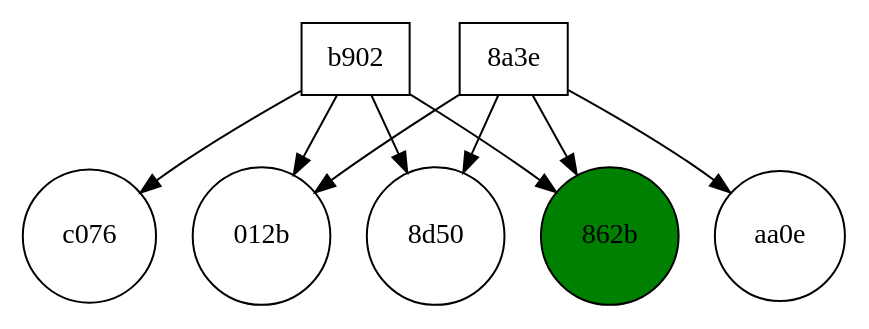
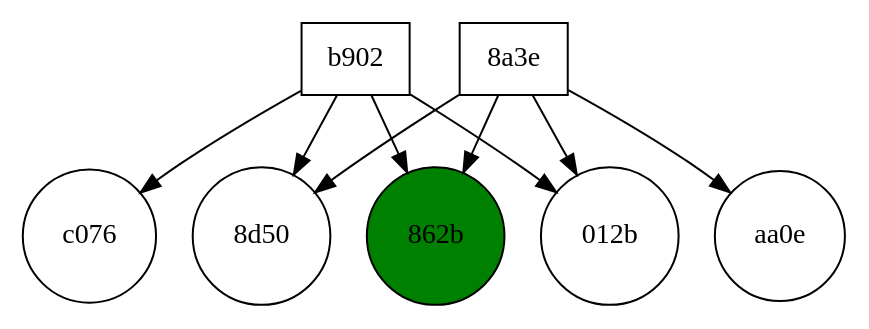
The diagram in doctest-output/visitor.gv (ziyadalrasbi/F20SC-CW2), drawn with Graphviz before and after one commit. The commit also changed other lines of this file and 1 other file, not shown here.

```diff
--- a/doctest-output/visitor.gv
+++ b/doctest-output/visitor.gv
@@ -1,32 +1,32 @@
 digraph visitor {
 	graph [rank=min]
 	node [shape=rectangle]
-	"4065369dbee2b902" [label=b902 fillcolor=white shape=rectangle style=filled]
-	"4065369dbee2b902" -> "140310171114-00000000950ae9deb4faca996b0ec076"
-	"4065369dbee2b902" -> "140310171030-000000008b8d98e95ac0797e7fdb012b"
-	"4065369dbee2b902" -> "140310171202-000000002e5a8ff1f577548fec708d50"
-	"4065369dbee2b902" -> "140310170010-0000000067dc80801f1df696ae52862b"
 	"3c01241d5c3a8a3e" [label="8a3e" fillcolor=white shape=rectangle style=filled]
+	"3c01241d5c3a8a3e" -> "140310171202-000000002e5a8ff1f577548fec708d50"
+	"3c01241d5c3a8a3e" -> "140310170010-0000000067dc80801f1df696ae52862b"
 	"3c01241d5c3a8a3e" -> "140310165657-0000000068d21bb99dec3ad6ee60aa0e"
 	"3c01241d5c3a8a3e" -> "140310171030-000000008b8d98e95ac0797e7fdb012b"
-	"3c01241d5c3a8a3e" -> "140310171202-000000002e5a8ff1f577548fec708d50"
-	"3c01241d5c3a8a3e" -> "140310170010-0000000067dc80801f1df696ae52862b"
+	"4065369dbee2b902" [label=b902 fillcolor=white shape=rectangle style=filled]
+	"4065369dbee2b902" -> "140310171202-000000002e5a8ff1f577548fec708d50"
+	"4065369dbee2b902" -> "140310171114-00000000950ae9deb4faca996b0ec076"
+	"4065369dbee2b902" -> "140310170010-0000000067dc80801f1df696ae52862b"
+	"4065369dbee2b902" -> "140310171030-000000008b8d98e95ac0797e7fdb012b"
 	subgraph document {
 		graph [rank=max]
 		node [shape=circle]
 		"140310165657-0000000068d21bb99dec3ad6ee60aa0e" [label=aa0e fillcolor=white shape=circle style=filled]
 		"140310170010-0000000067dc80801f1df696ae52862b" [label="862b" fillcolor=green shape=circle style=filled]
 		"140310170010-0000000067dc80801f1df696ae52862b" [label="862b" fillcolor=green shape=circle style=filled]
 		"140310171030-000000008b8d98e95ac0797e7fdb012b" [label="012b" fillcolor=white shape=circle style=filled]
 		"140310171030-000000008b8d98e95ac0797e7fdb012b" [label="012b" fillcolor=white shape=circle style=filled]
 		"140310171114-00000000950ae9deb4faca996b0ec076" [label=c076 fillcolor=white shape=circle style=filled]
 		"140310171202-000000002e5a8ff1f577548fec708d50" [label="8d50" fillcolor=white shape=circle style=filled]
 		"140310171202-000000002e5a8ff1f577548fec708d50" [label="8d50" fillcolor=white shape=circle style=filled]
-		"140310171114-00000000950ae9deb4faca996b0ec076" [label=c076 fillcolor=white shape=circle style=filled]
-		"140310171030-000000008b8d98e95ac0797e7fdb012b" [label="012b" fillcolor=white shape=circle style=filled]
 		"140310171202-000000002e5a8ff1f577548fec708d50" [label="8d50" fillcolor=white shape=circle style=filled]
 		"140310165657-0000000068d21bb99dec3ad6ee60aa0e" [label=aa0e fillcolor=white shape=circle style=filled]
 		"140310171030-000000008b8d98e95ac0797e7fdb012b" [label="012b" fillcolor=white shape=circle style=filled]
 		"140310171202-000000002e5a8ff1f577548fec708d50" [label="8d50" fillcolor=white shape=circle style=filled]
+		"140310171114-00000000950ae9deb4faca996b0ec076" [label=c076 fillcolor=white shape=circle style=filled]
+		"140310171030-000000008b8d98e95ac0797e7fdb012b" [label="012b" fillcolor=white shape=circle style=filled]
 	}
 }
```
